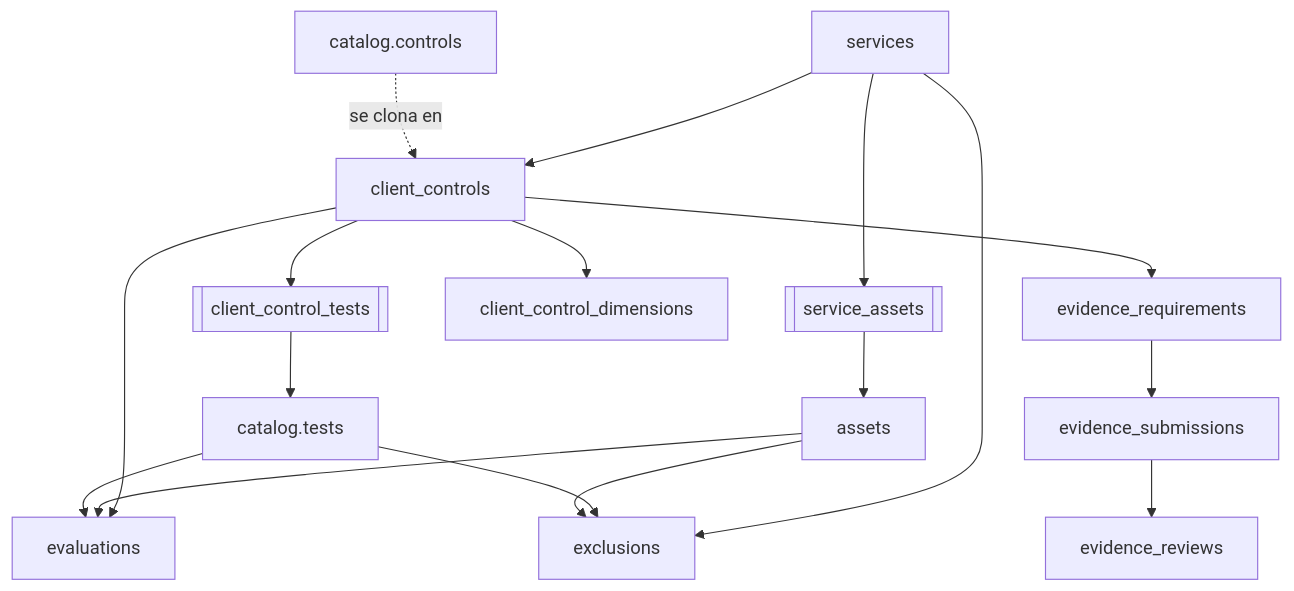
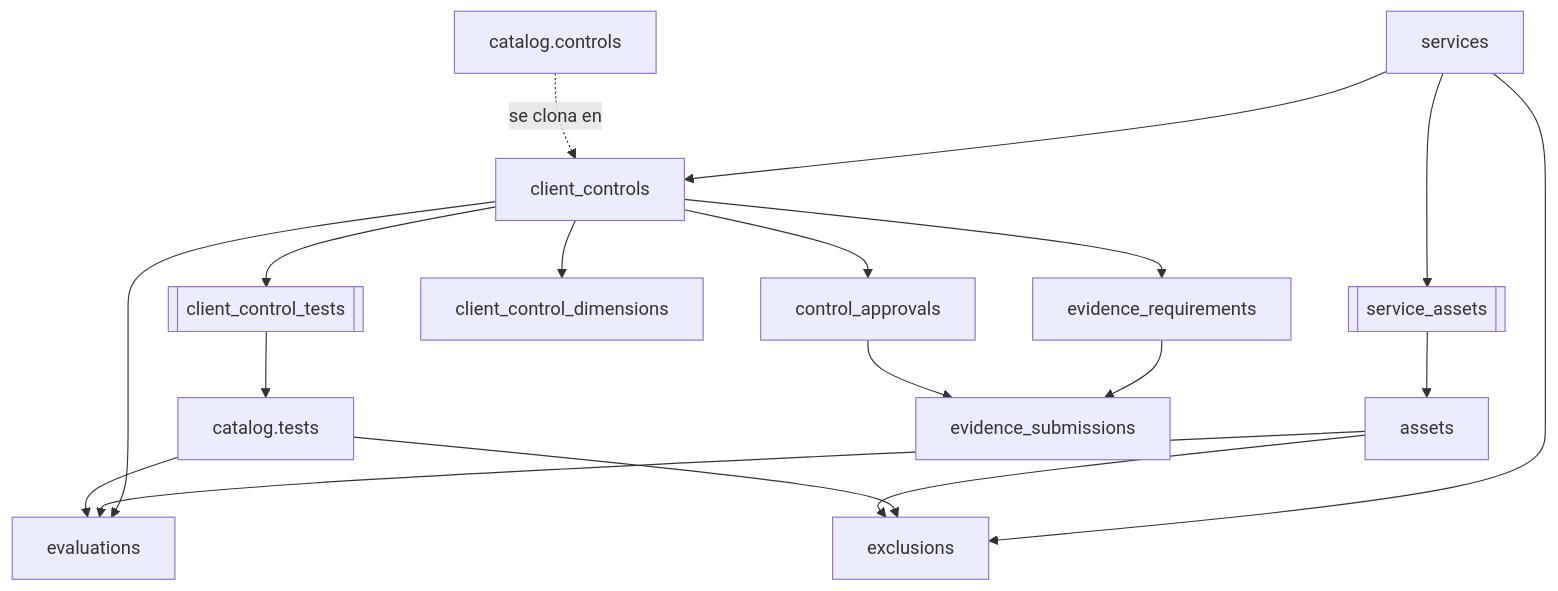
Before and after one commit to Monkey-GRC/Monkey-Brain-IA: the diagram in skills/product/monkey-compliance-council/references/arquitectura/cumplimiento/02-modelo.md, drawn with Mermaid. The commit also changed other lines of this file and 41 other files, not shown here.

Commit message:
docs(brain): control management states and two-step approval contract, v1 verdicts and evidence review retired, DT-128 and DT-129 (MD-504)

````diff
--- a/skills/product/monkey-compliance-council/references/arquitectura/cumplimiento/02-modelo.md
+++ b/skills/product/monkey-compliance-council/references/arquitectura/cumplimiento/02-modelo.md
@@ -22,15 +23,16 @@
 ```mermaid
 flowchart TB
     s["services"] --> cc["client_controls"]
     s --> sa[["service_assets"]] --> a["assets"]
     cat["catalog.controls"] -. "se clona en" .-> cc
     cc --> cct[["client_control_tests"]] --> t["catalog.tests"]
     cc --> ccd["client_control_dimensions"]
-    cc --> er["evidence_requirements"] --> es["evidence_submissions"] --> ev["evidence_reviews"]
+    cc --> er["evidence_requirements"] --> es["evidence_submissions"]
+    cc --> ca["control_approvals"] --> es
     cc --> e["evaluations"]
     a --> e
     t --> e
     s --> ex["exclusions"]
     t --> ex
     a --> ex
 ```
````
